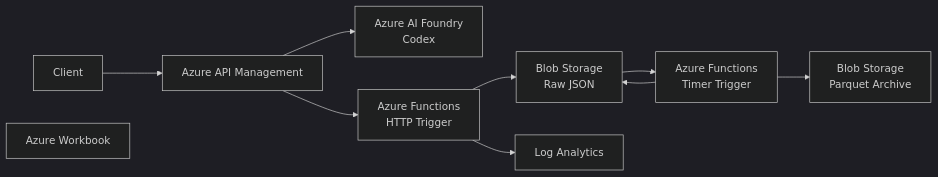
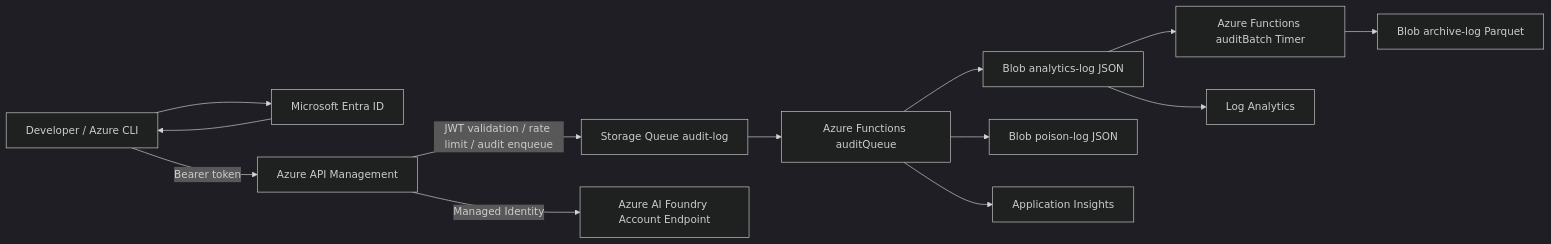
The first of 3 diagrams in docs/spec/diagram.md (75-8/FoundryAPI-use-insideCorp), drawn with Mermaid (dark theme) before and after one commit. The commit also changed other lines of this file and 4 other files, not shown here.

````diff
--- a/docs/spec/diagram.md
+++ b/docs/spec/diagram.md
@@ -5,37 +5,15 @@
 ```mermaid
 flowchart LR
-
-Client["Client"]
-
-APIM["Azure API Management"]
-
-Foundry["Azure AI Foundry<br/>Codex"]
-
-FuncHttp["Azure Functions<br/>HTTP Trigger"]
-
-BlobHot["Blob Storage<br/>Raw JSON"]
-
-FuncTimer["Azure Functions<br/>Timer Trigger"]
-
-BlobArchive["Blob Storage<br/>Parquet Archive"]
-
-LogAnalytics["Log Analytics"]
-
-Workbook["Azure Workbook"]
-
-Client --> APIM
-
-APIM --> Foundry
-
-APIM --> FuncHttp
-
-FuncHttp --> BlobHot
-
-FuncHttp --> LogAnalytics
-
-FuncTimer --> BlobHot
-
-BlobHot --> FuncTimer
-
-FuncTimer --> BlobArchive
+  Dev[Developer / Azure CLI] --> Entra[Microsoft Entra ID]
+  Entra --> Dev
+  Dev -->|Bearer token| APIM[Azure API Management]
+  APIM -->|JWT validation / rate limit / audit enqueue| Queue[Storage Queue audit-log]
+  APIM -->|Managed Identity| Foundry[Azure AI Foundry Account Endpoint]
+  Queue --> FuncQueue[Azure Functions auditQueue]
+  FuncQueue --> Analytics[Blob analytics-log JSON]
+  FuncQueue --> Poison[Blob poison-log JSON]
+  Analytics --> FuncTimer[Azure Functions auditBatch Timer]
+  FuncTimer --> Archive[Blob archive-log Parquet]
+  Analytics --> LAW[Log Analytics]
+  FuncQueue --> Appi[Application Insights]
 ```
````
